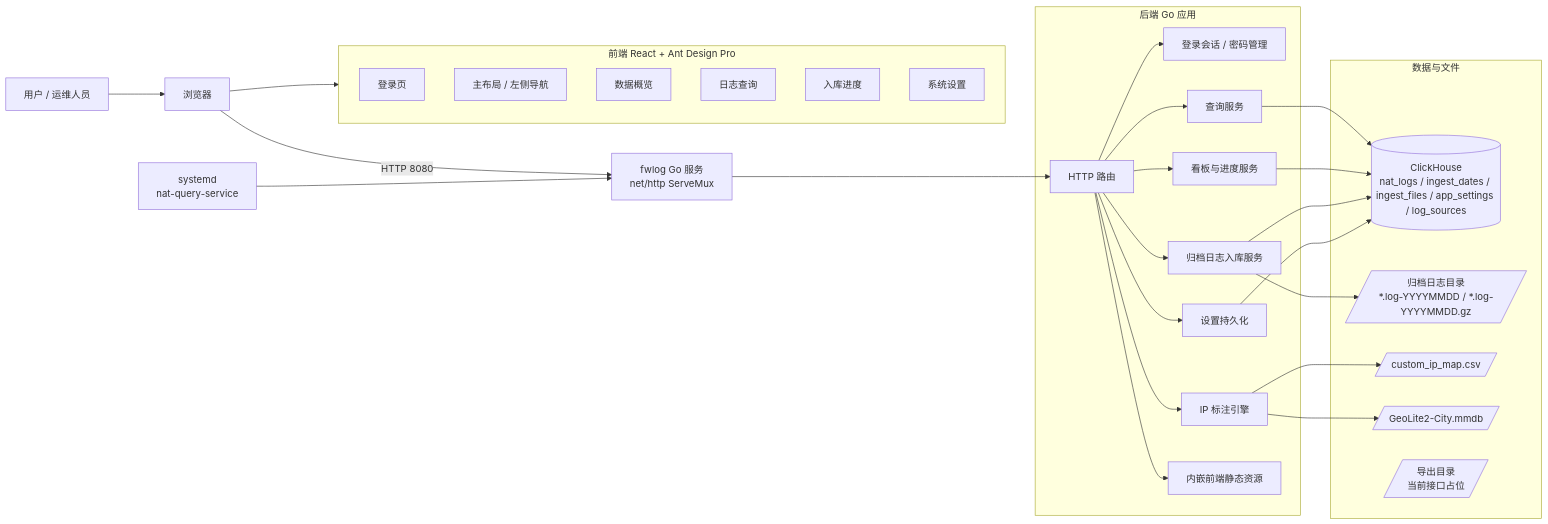
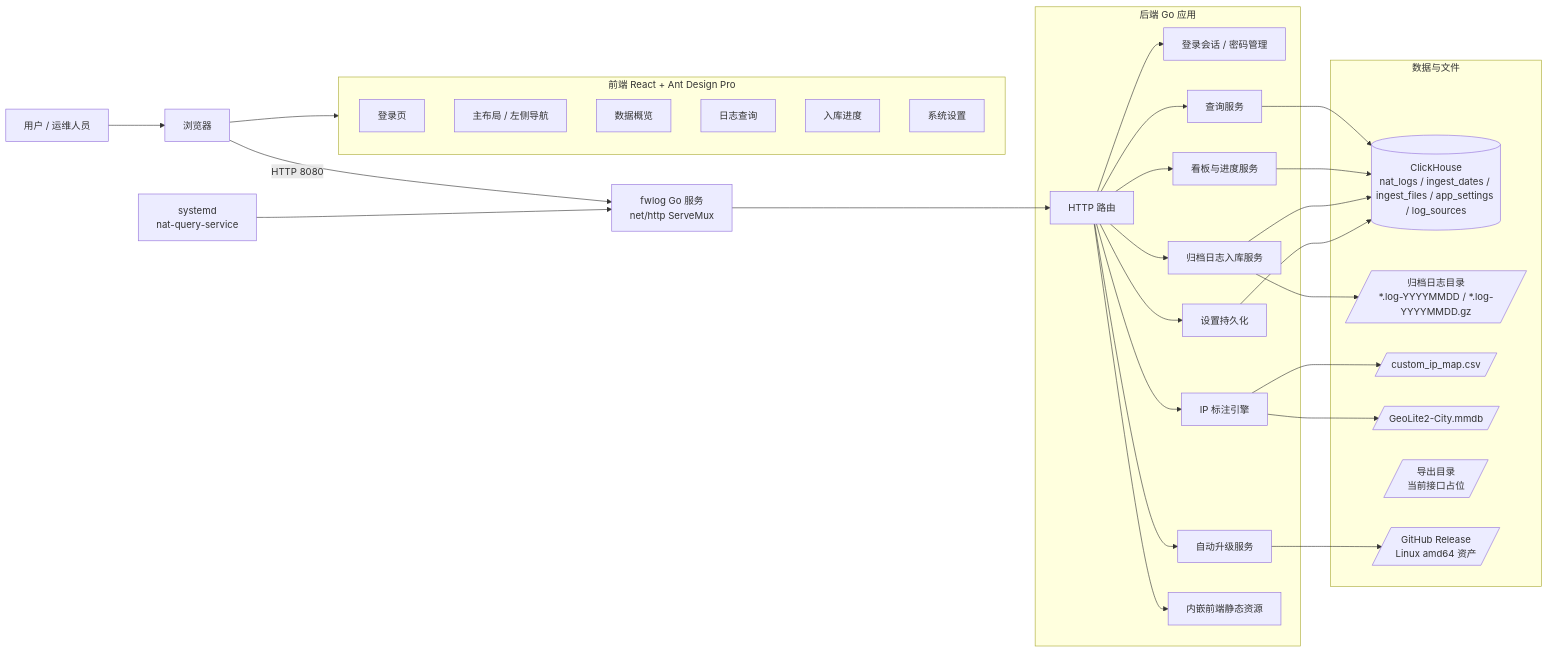
Before and after one commit to kos991/fwlog: the first of 18 diagrams in docs/current-architecture-and-flows.md, drawn with Mermaid. The commit also changed other lines of this file and 11 other files, not shown here.

````diff
--- a/docs/current-architecture-and-flows.md
+++ b/docs/current-architecture-and-flows.md
@@ -22,54 +23,58 @@
 ```mermaid
 flowchart LR
     User[用户 / 运维人员] --> Browser[浏览器]
     Browser -->|HTTP 8080| GoApp[fwlog Go 服务<br/>net/http ServeMux]
 
     subgraph Frontend[前端 React + Ant Design Pro]
         Login[登录页]
         Layout[主布局 / 左侧导航]
         Dashboard[数据概览]
         Search[日志查询]
         Progress[入库进度]
         Maintenance[系统设置]
     end
 
     Browser --> Frontend
 
     subgraph Backend[后端 Go 应用]
         Router[HTTP 路由]
         Auth[登录会话 / 密码管理]
         QuerySvc[查询服务]
         DashboardSvc[看板与进度服务]
         ImportSvc[归档日志入库服务]
         SettingsSvc[设置持久化]
+        UpgradeSvc[自动升级服务]
         IPEngine[IP 标注引擎]
         Static[内嵌前端静态资源]
     end
 
     GoApp --> Router
     Router --> Auth
     Router --> QuerySvc
     Router --> DashboardSvc
     Router --> ImportSvc
     Router --> SettingsSvc
+    Router --> UpgradeSvc
     Router --> IPEngine
     Router --> Static
 
     subgraph Storage[数据与文件]
         CH[(ClickHouse<br/>nat_logs / ingest_dates / ingest_files / app_settings / log_sources)]
         Logs[/归档日志目录<br/>*.log-YYYYMMDD / *.log-YYYYMMDD.gz/]
-        CustomMap[/custom_ip_map.csv/]
-        GeoDB[/GeoLite2-City.mmdb/]
-        Exports[/导出目录<br/>当前接口占位/]
+    CustomMap[/custom_ip_map.csv/]
+    GeoDB[/GeoLite2-City.mmdb/]
+    Exports[/导出目录<br/>当前接口占位/]
+    GitHubRelease[/GitHub Release<br/>Linux amd64 资产/]
     end
 
     QuerySvc --> CH
     DashboardSvc --> CH
     ImportSvc --> Logs
     ImportSvc --> CH
     SettingsSvc --> CH
+    UpgradeSvc --> GitHubRelease
     IPEngine --> CustomMap
     IPEngine --> GeoDB
 
     Systemd[systemd<br/>nat-query-service] --> GoApp
 ```
````
